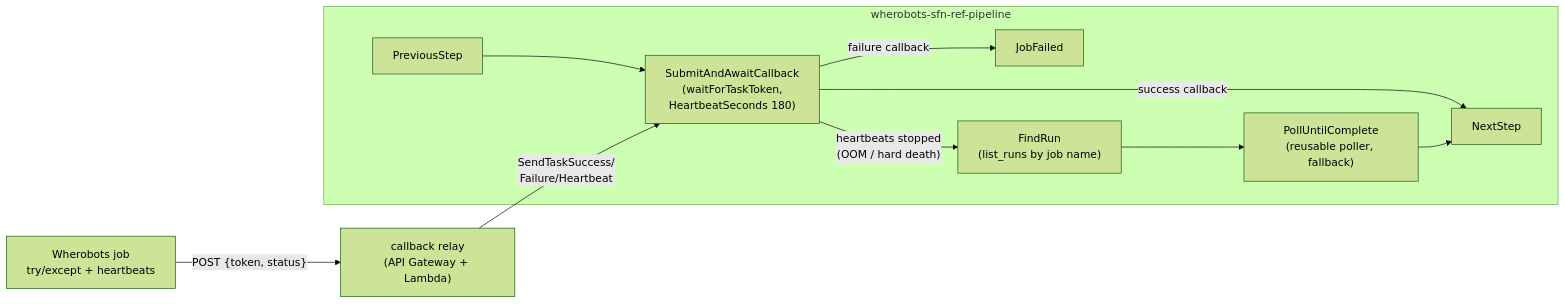
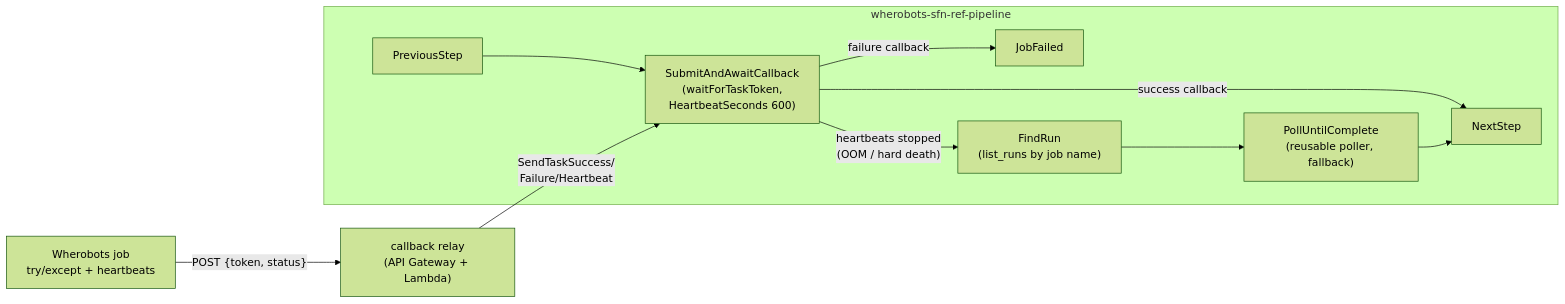
The diagram in aws-step-functions-python-sdk/README.md (wherobots/labs-reference-implementations), drawn with Mermaid (forest theme) before and after one commit. The commit also changed other lines of this file and 9 other files, not shown here.

````diff
--- a/aws-step-functions-python-sdk/README.md
+++ b/aws-step-functions-python-sdk/README.md
@@ -42,13 +42,13 @@
 ```mermaid
 flowchart LR
     subgraph pipeline["wherobots-sfn-ref-pipeline"]
-        A[PreviousStep] --> B["SubmitAndAwaitCallback<br/>(waitForTaskToken,<br/>HeartbeatSeconds 180)"]
+        A[PreviousStep] --> B["SubmitAndAwaitCallback<br/>(waitForTaskToken,<br/>HeartbeatSeconds 600)"]
         B -- "success callback" --> D[NextStep]
         B -- "failure callback" --> FF[JobFailed]
         B -- "heartbeats stopped<br/>(OOM / hard death)" --> FR["FindRun<br/>(list_runs by job name)"]
         FR --> C["PollUntilComplete<br/>(reusable poller, fallback)"]
         C --> D
     end
     J["Wherobots job<br/>try/except + heartbeats"] -- "POST {token, status}" --> R["callback relay<br/>(API Gateway + Lambda)"]
     R -- "SendTaskSuccess/<br/>Failure/Heartbeat" --> B
 ```
````
